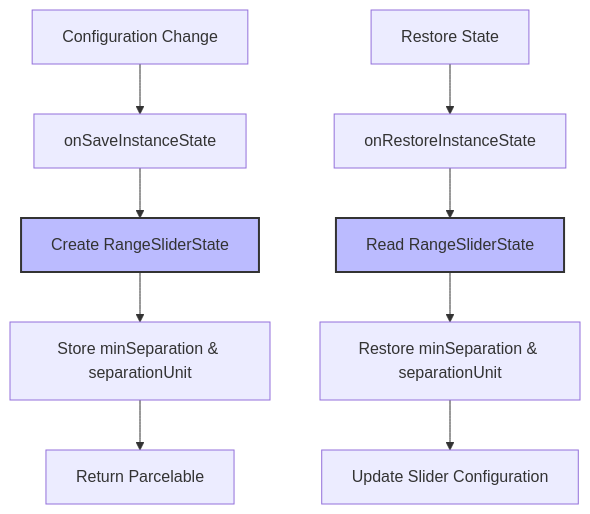
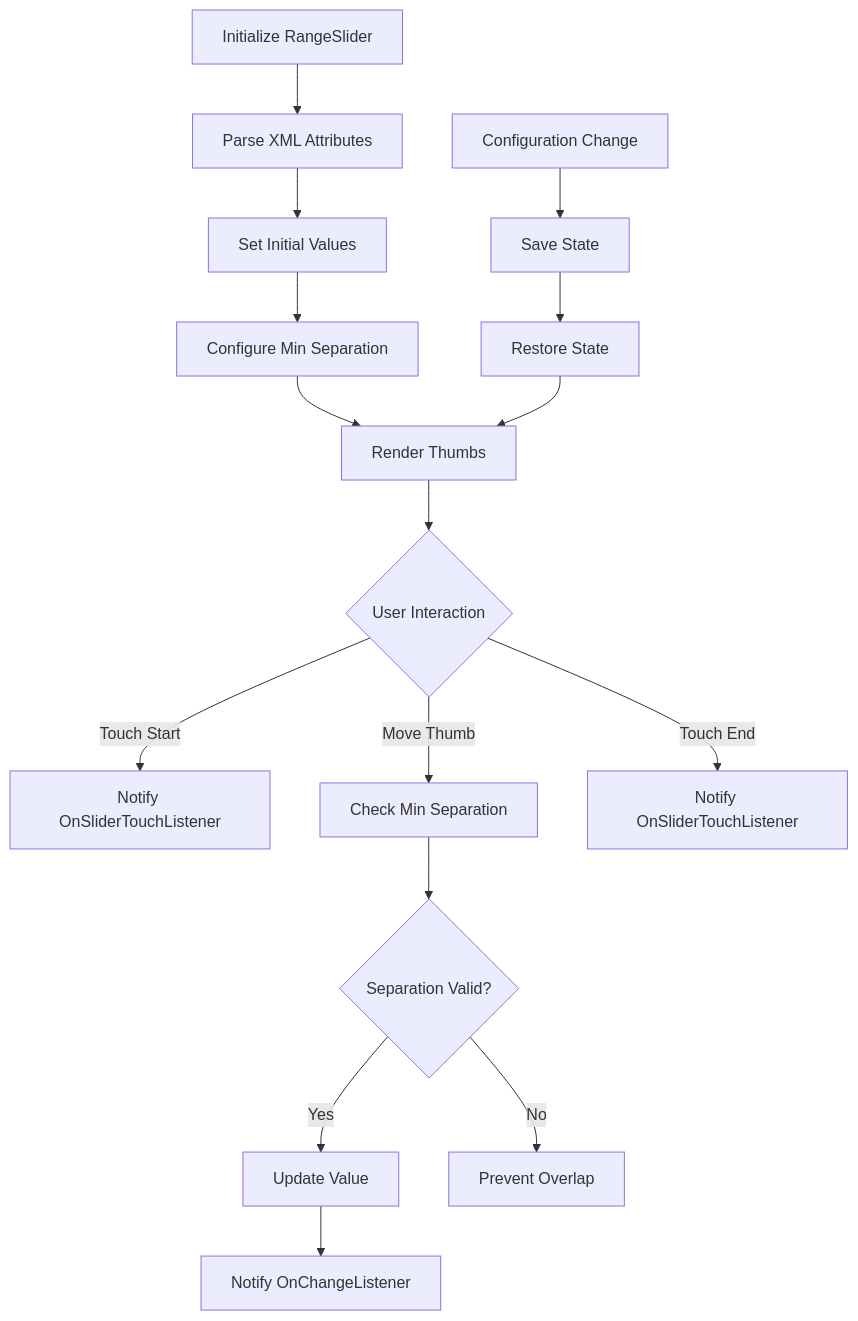
Before and after one commit to FSoft-AI4Code/codewiki-demo: the fourth of 4 diagrams in docs/material-components--material-components-android-docs/range-slider.md, drawn with Mermaid. The commit also changed other lines of this file and 1103 other files, not shown here.

````diff
--- a/docs/material-components--material-components-android-docs/range-slider.md
+++ b/docs/material-components--material-components-android-docs/range-slider.md
@@ -126,15 +203,21 @@
 ```mermaid
-graph TD
-    A[Configuration Change] --> B[onSaveInstanceState]
-    B --> C[Create RangeSliderState]
-    C --> D[Store minSeparation & separationUnit]
-    D --> E[Return Parcelable]
+flowchart TD
+    A[Initialize RangeSlider] --> B[Parse XML Attributes]
+    B --> C[Set Initial Values]
+    C --> D[Configure Min Separation]
+    D --> E[Render Thumbs]
     
-    F[Restore State] --> G[onRestoreInstanceState]
-    G --> H[Read RangeSliderState]
-    H --> I[Restore minSeparation & separationUnit]
-    I --> J[Update Slider Configuration]
+    E --> F{User Interaction}
+    F -->|Touch Start| G[Notify OnSliderTouchListener]
+    F -->|Move Thumb| H[Check Min Separation]
+    H --> I{Separation Valid?}
+    I -->|Yes| J[Update Value]
+    I -->|No| K[Prevent Overlap]
+    J --> L[Notify OnChangeListener]
     
-    style C fill:#bbf,stroke:#333,stroke-width:2px
-    style H fill:#bbf,stroke:#333,stroke-width:2px
+    F -->|Touch End| M[Notify OnSliderTouchListener]
+    
+    N[Configuration Change] --> O[Save State]
+    O --> P[Restore State]
+    P --> E
 ```
````
